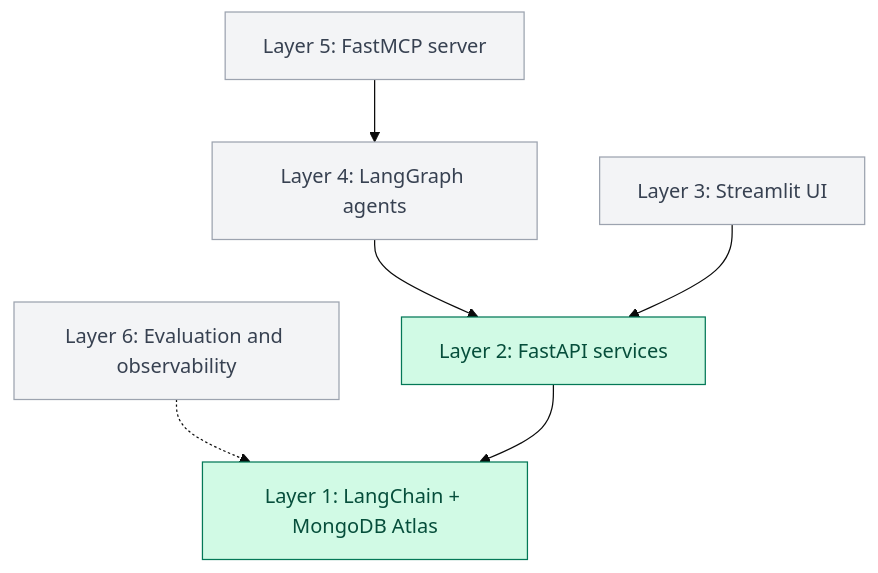
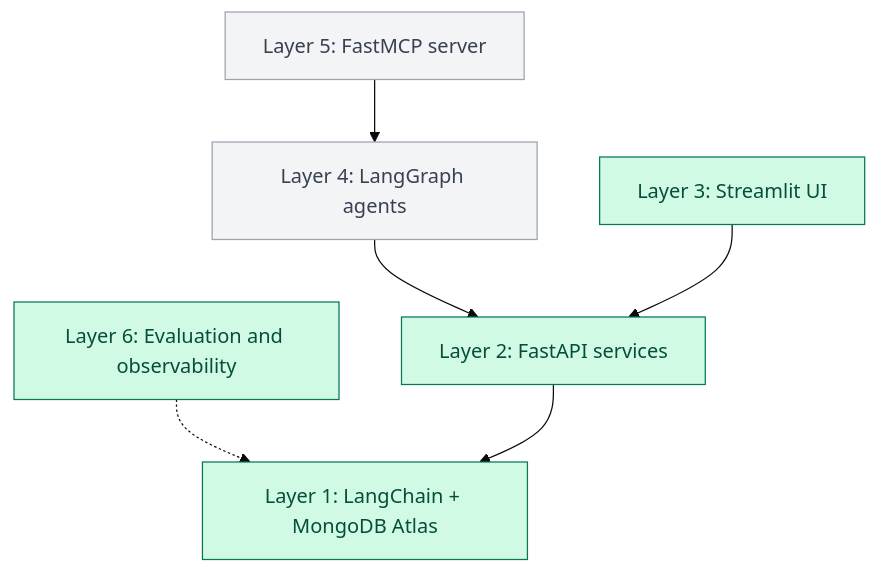
One commit to bharathk5678/NexaAssist changed the second of 16 diagrams in README.md. Above: the diagram before and after it, drawn with Mermaid (base theme). The commit also changed other lines of this file and 124 other files, not shown here.

````diff
--- a/README.md
+++ b/README.md
@@ -70,14 +127,14 @@
 ```mermaid
 flowchart TB
     L6["Layer 6: Evaluation and observability"] -.-> L1
     L5["Layer 5: FastMCP server"] --> L4
     L4["Layer 4: LangGraph agents"] --> L2
     L3["Layer 3: Streamlit UI"] --> L2
     L2["Layer 2: FastAPI services"] --> L1
     L1["Layer 1: LangChain + MongoDB Atlas"]
 
     classDef built fill:#d1fae5,stroke:#047857,color:#064e3b
     classDef todo fill:#f3f4f6,stroke:#9ca3af,color:#374151
-    class L1,L2 built
-    class L3,L4,L5,L6 todo
+    class L1,L2,L3,L6 built
+    class L4,L5 todo
 ```
````
